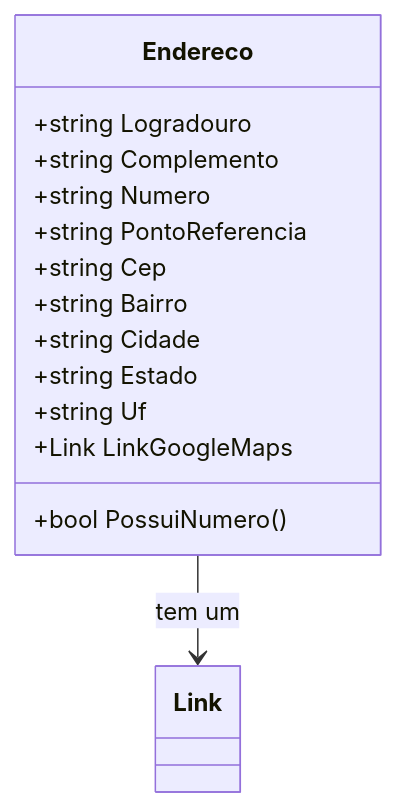
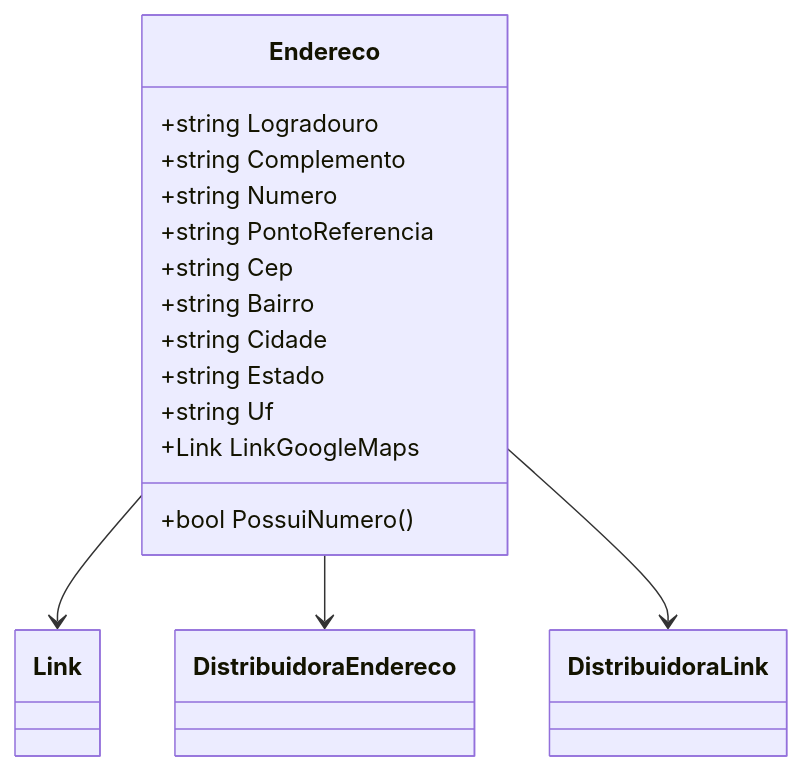
One commit to IsthmusSistemas/documentacao-tecnica changed the second of 2 diagrams in docs/b2b-dominio/IsthmusWinthor.Nucleo/IsthmusWinthor.Dominio/POCO/Shared/Endereco.md. Above: the diagram before and after it, drawn with Mermaid. The commit also changed other lines of this file and 882 other files, not shown here.

````diff
--- a/docs/b2b-dominio/IsthmusWinthor.Nucleo/IsthmusWinthor.Dominio/POCO/Shared/Endereco.md
+++ b/docs/b2b-dominio/IsthmusWinthor.Nucleo/IsthmusWinthor.Dominio/POCO/Shared/Endereco.md
@@ -38,17 +39,20 @@
 ```mermaid
 classDiagram
     class Endereco {
         +string Logradouro
         +string Complemento
         +string Numero
         +string PontoReferencia
         +string Cep
         +string Bairro
         +string Cidade
         +string Estado
         +string Uf
         +Link LinkGoogleMaps
         +bool PossuiNumero()
     }
-    Endereco --> Link : tem um
-```
+    
+    Endereco --> Link
+    Endereco --> DistribuidoraEndereco
+    Endereco --> DistribuidoraLink
+```  
````
